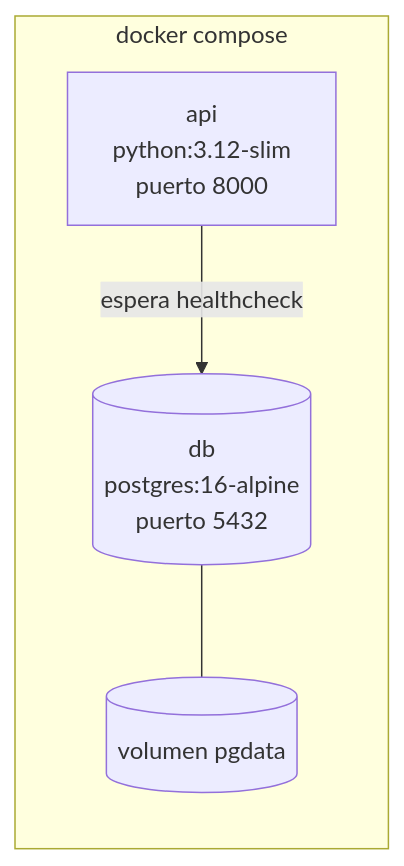
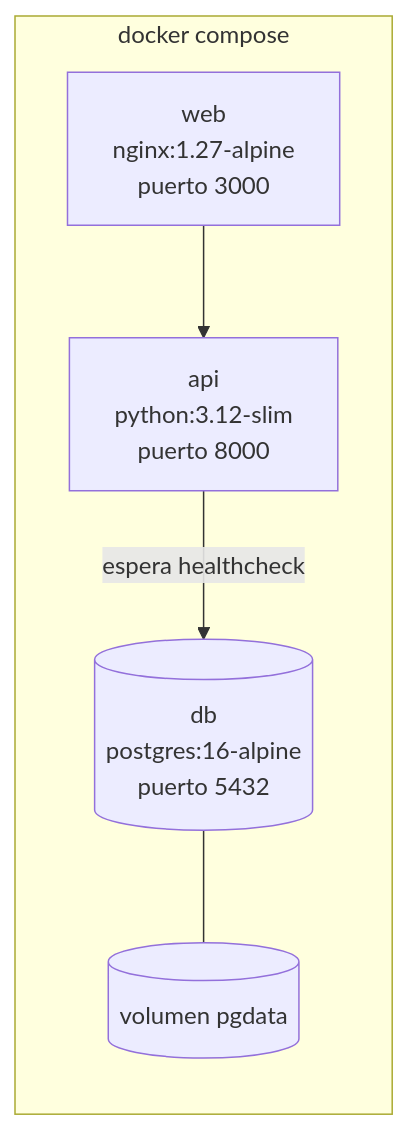
The fourth of 4 diagrams in docs/arquitectura.md (tobiasceruttigothe/TP-DAO), drawn with Mermaid before and after one commit. The commit also changed other lines of this file and 4 other files, not shown here.

````diff
--- a/docs/arquitectura.md
+++ b/docs/arquitectura.md
@@ -167,7 +188,8 @@
 ```mermaid
 flowchart LR
     subgraph docker compose
+        WEB[web<br/>nginx:1.27-alpine<br/>puerto 3000] --> API
         API[api<br/>python:3.12-slim<br/>puerto 8000] -- espera healthcheck --> DB[(db<br/>postgres:16-alpine<br/>puerto 5432)]
         DB --- VOL[(volumen pgdata)]
     end
 ```
````
